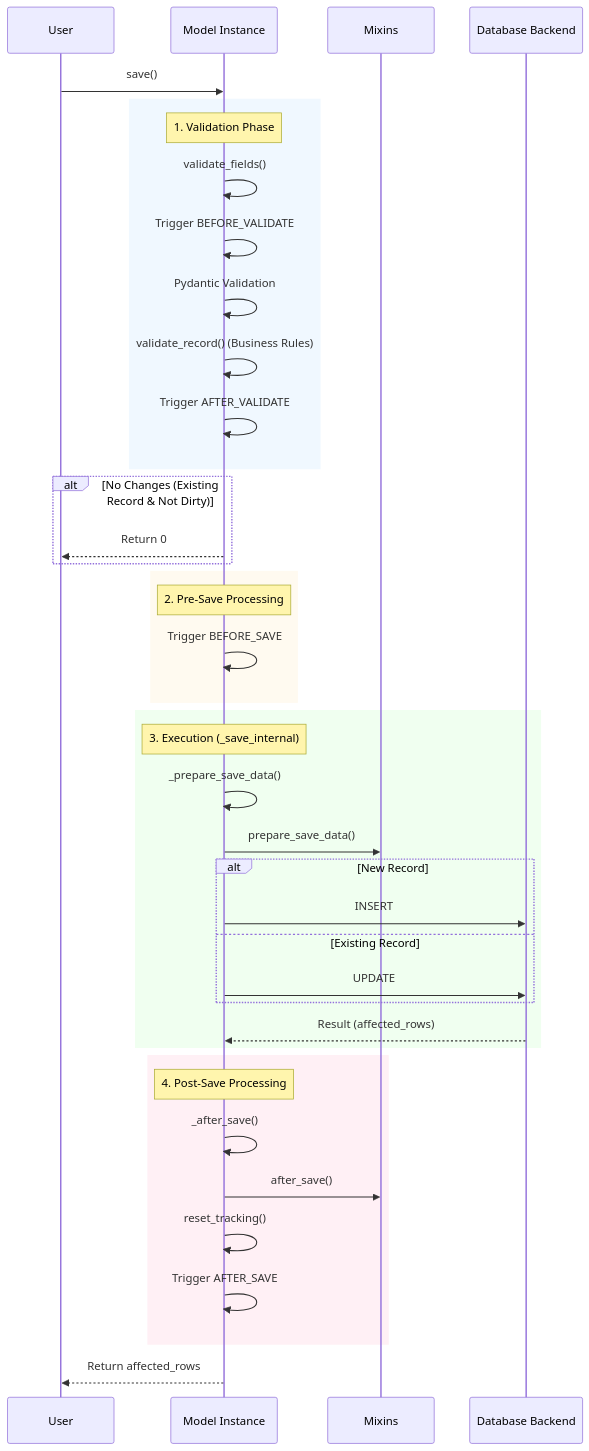
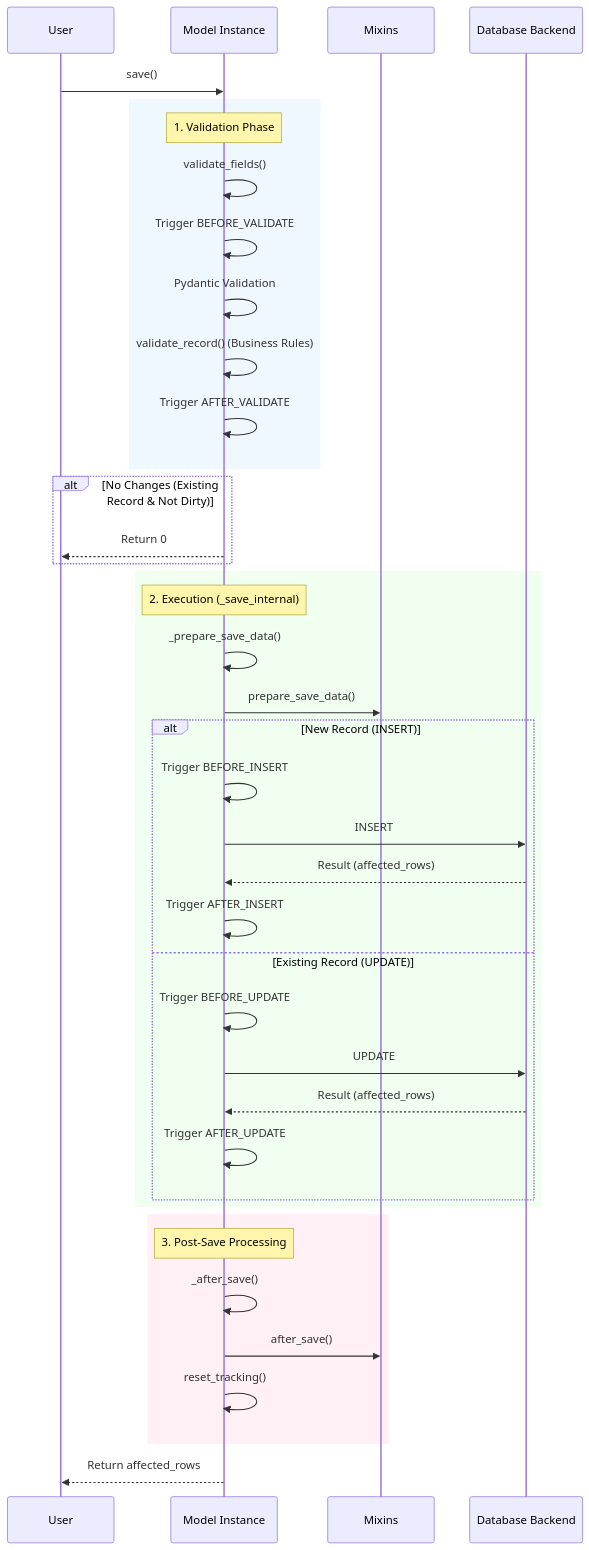
Before and after one commit to rhosocial/python-activerecord: the diagram in docs/en_US/events/lifecycle.md, drawn with Mermaid. The commit also changed other lines of this file and 14 other files, not shown here.

First line of the commit message:
feat(event): split INSERT/UPDATE events with BEFORE_INSERT/AFTER_INSERT (#68)

````diff
--- a/docs/en_US/events/lifecycle.md
+++ b/docs/en_US/events/lifecycle.md
@@ -40,51 +51,49 @@
 ```mermaid
 sequenceDiagram
     participant User
     participant Model as Model Instance
     participant Mixins
     participant DB as Database Backend
 
     User->>Model: save()
-    
+
     rect rgb(240, 248, 255)
         Note over Model: 1. Validation Phase
         Model->>Model: validate_fields()
         Model->>Model: Trigger BEFORE_VALIDATE
         Model->>Model: Pydantic Validation
         Model->>Model: validate_record() (Business Rules)
         Model->>Model: Trigger AFTER_VALIDATE
     end
 
     alt No Changes (Existing Record & Not Dirty)
         Model-->>User: Return 0
     end
 
-    rect rgb(255, 250, 240)
-        Note over Model: 2. Pre-Save Processing
-        Model->>Model: Trigger BEFORE_SAVE
-    end
-
     rect rgb(240, 255, 240)
-        Note over Model: 3. Execution (_save_internal)
+        Note over Model: 2. Execution (_save_internal)
         Model->>Model: _prepare_save_data()
         Model->>Mixins: prepare_save_data()
-        
-        alt New Record
+
+        alt New Record (INSERT)
+            Model->>Model: Trigger BEFORE_INSERT
             Model->>DB: INSERT
-        else Existing Record
+            DB-->>Model: Result (affected_rows)
+            Model->>Model: Trigger AFTER_INSERT
+        else Existing Record (UPDATE)
+            Model->>Model: Trigger BEFORE_UPDATE
             Model->>DB: UPDATE
+            DB-->>Model: Result (affected_rows)
+            Model->>Model: Trigger AFTER_UPDATE
         end
-        
-        DB-->>Model: Result (affected_rows)
     end
 
     rect rgb(255, 240, 245)
-        Note over Model: 4. Post-Save Processing
+        Note over Model: 3. Post-Save Processing
         Model->>Model: _after_save()
         Model->>Mixins: after_save()
         Model->>Model: reset_tracking()
-        Model->>Model: Trigger AFTER_SAVE
     end
 
     Model-->>User: Return affected_rows
 ```
````
